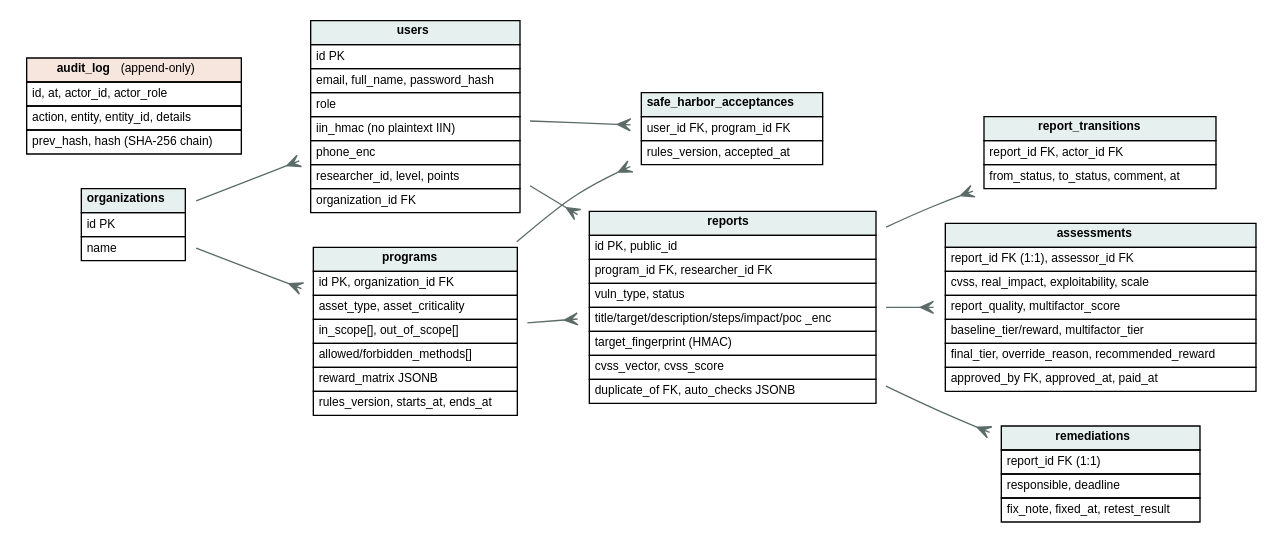
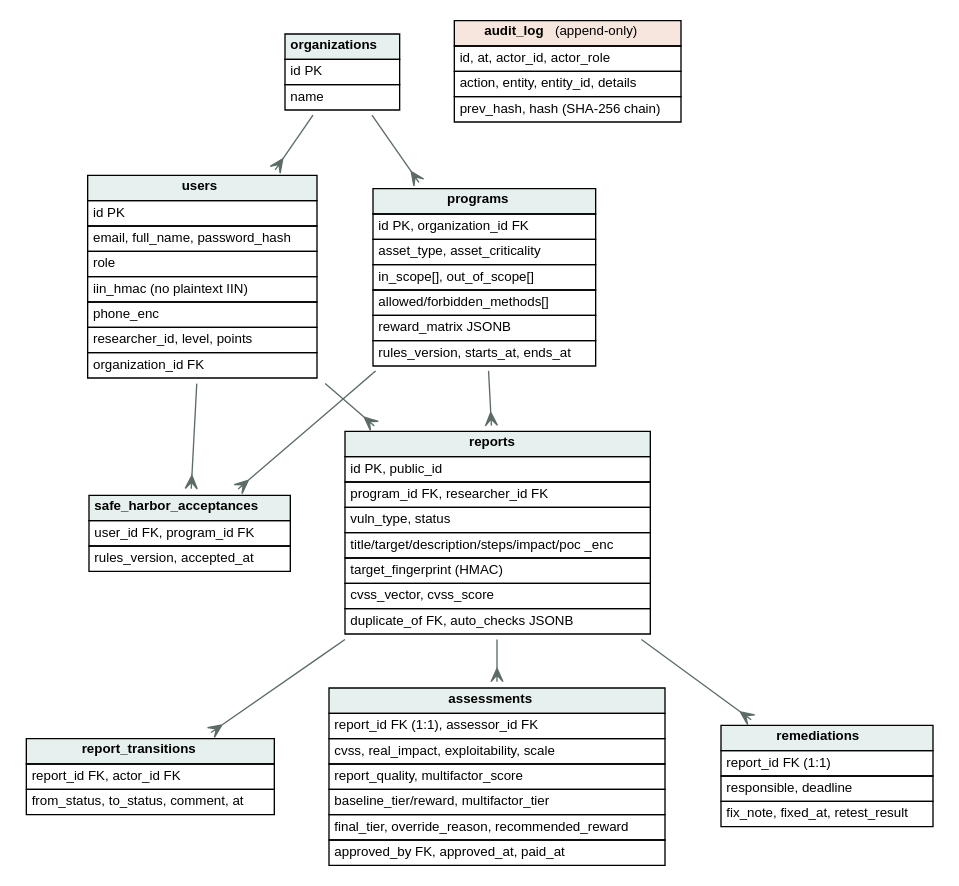
One commit to dzha11/bug-bounty changed the diagram in docs/diagrams/erd.dot. Above: the diagram before and after it, drawn with Graphviz. The commit also changed 15 other files, not shown here.

```diff
--- a/docs/diagrams/erd.dot
+++ b/docs/diagrams/erd.dot
@@ -1,14 +1,14 @@
 digraph E {
-  rankdir=LR; fontname="Helvetica"; node [fontname="Helvetica", fontsize=9, shape=plaintext]; edge [color="#5c6b68", arrowhead=crow, arrowtail=none, dir=both];
+  rankdir=TB; nodesep=0.35; ranksep=0.45; fontname="Helvetica"; node [fontname="Helvetica", fontsize=10, shape=plaintext]; edge [color="#5c6b68", arrowhead=crow, arrowtail=none, dir=both];
   organizations [label=<<table border="0" cellborder="1" cellspacing="0" cellpadding="3"><tr><td bgcolor="#e6f0ee"><b>organizations</b></td></tr><tr><td align="left">id PK</td></tr><tr><td align="left">name</td></tr></table>>];
   users [label=<<table border="0" cellborder="1" cellspacing="0" cellpadding="3"><tr><td bgcolor="#e6f0ee"><b>users</b></td></tr><tr><td align="left">id PK</td></tr><tr><td align="left">email, full_name, password_hash</td></tr><tr><td align="left">role</td></tr><tr><td align="left">iin_hmac (no plaintext IIN)</td></tr><tr><td align="left">phone_enc</td></tr><tr><td align="left">researcher_id, level, points</td></tr><tr><td align="left">organization_id FK</td></tr></table>>];
   programs [label=<<table border="0" cellborder="1" cellspacing="0" cellpadding="3"><tr><td bgcolor="#e6f0ee"><b>programs</b></td></tr><tr><td align="left">id PK, organization_id FK</td></tr><tr><td align="left">asset_type, asset_criticality</td></tr><tr><td align="left">in_scope[], out_of_scope[]</td></tr><tr><td align="left">allowed/forbidden_methods[]</td></tr><tr><td align="left">reward_matrix JSONB</td></tr><tr><td align="left">rules_version, starts_at, ends_at</td></tr></table>>];
   safe_harbor [label=<<table border="0" cellborder="1" cellspacing="0" cellpadding="3"><tr><td bgcolor="#e6f0ee"><b>safe_harbor_acceptances</b></td></tr><tr><td align="left">user_id FK, program_id FK</td></tr><tr><td align="left">rules_version, accepted_at</td></tr></table>>];
   reports [label=<<table border="0" cellborder="1" cellspacing="0" cellpadding="3"><tr><td bgcolor="#e6f0ee"><b>reports</b></td></tr><tr><td align="left">id PK, public_id</td></tr><tr><td align="left">program_id FK, researcher_id FK</td></tr><tr><td align="left">vuln_type, status</td></tr><tr><td align="left">title/target/description/steps/impact/poc _enc</td></tr><tr><td align="left">target_fingerprint (HMAC)</td></tr><tr><td align="left">cvss_vector, cvss_score</td></tr><tr><td align="left">duplicate_of FK, auto_checks JSONB</td></tr></table>>];
   transitions [label=<<table border="0" cellborder="1" cellspacing="0" cellpadding="3"><tr><td bgcolor="#e6f0ee"><b>report_transitions</b></td></tr><tr><td align="left">report_id FK, actor_id FK</td></tr><tr><td align="left">from_status, to_status, comment, at</td></tr></table>>];
   assessments [label=<<table border="0" cellborder="1" cellspacing="0" cellpadding="3"><tr><td bgcolor="#e6f0ee"><b>assessments</b></td></tr><tr><td align="left">report_id FK (1:1), assessor_id FK</td></tr><tr><td align="left">cvss, real_impact, exploitability, scale</td></tr><tr><td align="left">report_quality, multifactor_score</td></tr><tr><td align="left">baseline_tier/reward, multifactor_tier</td></tr><tr><td align="left">final_tier, override_reason, recommended_reward</td></tr><tr><td align="left">approved_by FK, approved_at, paid_at</td></tr></table>>];
   remediations [label=<<table border="0" cellborder="1" cellspacing="0" cellpadding="3"><tr><td bgcolor="#e6f0ee"><b>remediations</b></td></tr><tr><td align="left">report_id FK (1:1)</td></tr><tr><td align="left">responsible, deadline</td></tr><tr><td align="left">fix_note, fixed_at, retest_result</td></tr></table>>];
   audit [label=<<table border="0" cellborder="1" cellspacing="0" cellpadding="3"><tr><td bgcolor="#f6e6dd"><b>audit_log</b> (append-only)</td></tr><tr><td align="left">id, at, actor_id, actor_role</td></tr><tr><td align="left">action, entity, entity_id, details</td></tr><tr><td align="left">prev_hash, hash (SHA-256 chain)</td></tr></table>>];
   organizations -> users; organizations -> programs; users -> safe_harbor; programs -> safe_harbor;
   programs -> reports; users -> reports; reports -> transitions; reports -> assessments; reports -> remediations;
 }
```
